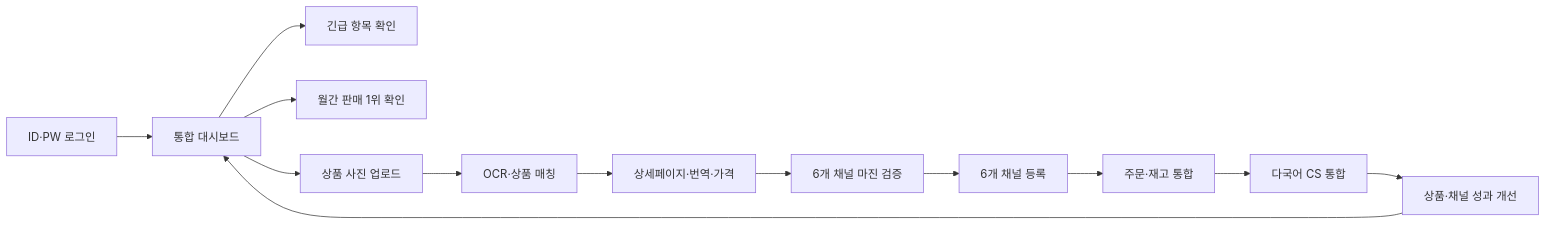
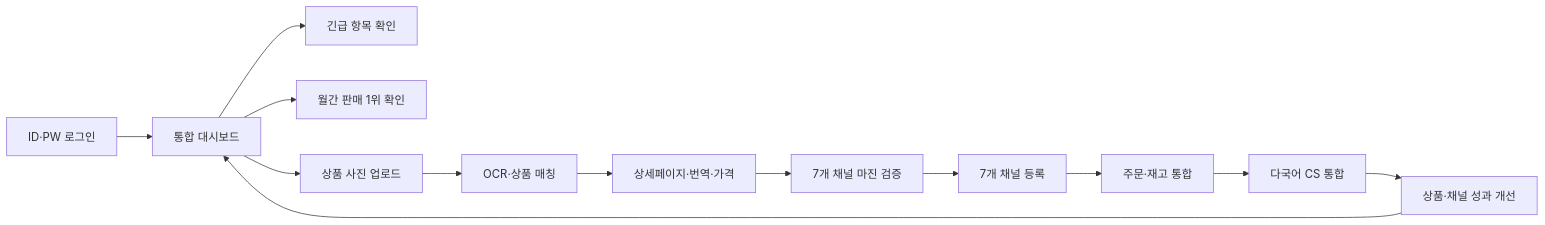
One commit to couplit-korean/sellerpilot-global changed the diagram in docs/멀티채널_커머스_운영센터_스토리보드.md. Above: the diagram before and after it, drawn with Mermaid. The commit also changed other lines of this file and 27 other files, not shown here.

````diff
--- a/docs/멀티채널_커머스_운영센터_스토리보드.md
+++ b/docs/멀티채널_커머스_운영센터_스토리보드.md
@@ -23,15 +23,15 @@
 ```mermaid
 flowchart LR
   A["ID·PW 로그인"] --> B["통합 대시보드"]
   B --> C["긴급 항목 확인"]
   B --> D["월간 판매 1위 확인"]
   B --> E["상품 사진 업로드"]
   E --> F["OCR·상품 매칭"]
   F --> G["상세페이지·번역·가격"]
-  G --> M["6개 채널 마진 검증"]
-  M --> H["6개 채널 등록"]
+  G --> M["7개 채널 마진 검증"]
+  M --> H["7개 채널 등록"]
   H --> I["주문·재고 통합"]
   I --> J["다국어 CS 통합"]
   J --> K["상품·채널 성과 개선"]
   K --> B
 ```
````
